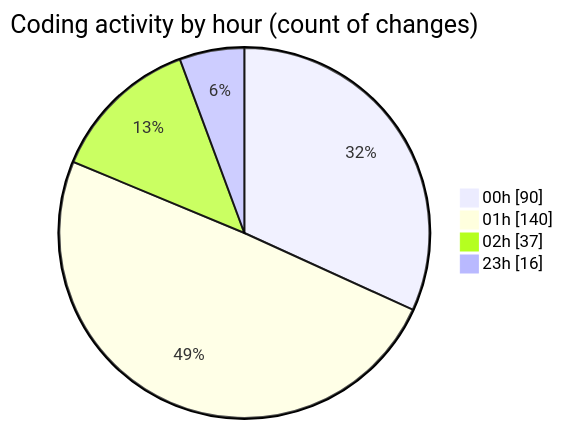
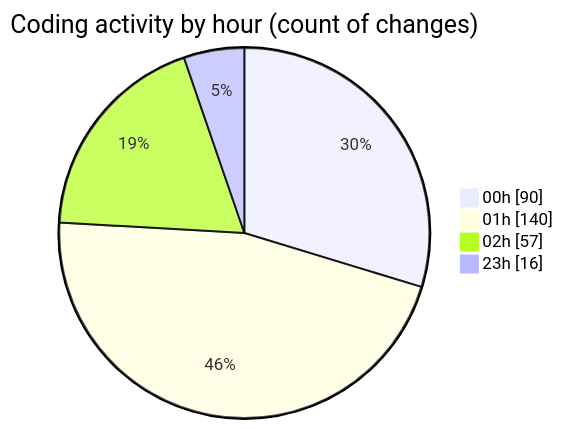
One commit to Ritupan-Deka/code-tracking changed the second of 2 diagrams in 2025-05-26/projects/README.md. Above: the diagram before and after it, drawn with Mermaid. The commit also changed other lines of this file and 1 other file, not shown here.

````diff
--- a/2025-05-26/projects/README.md
+++ b/2025-05-26/projects/README.md
@@ -33,8 +33,8 @@
 ```mermaid
 pie showData
 title Coding activity by hour (count of changes)
 "00h" : 90
 "01h" : 140
-"02h" : 37
+"02h" : 57
 "23h" : 16
 ```
````
